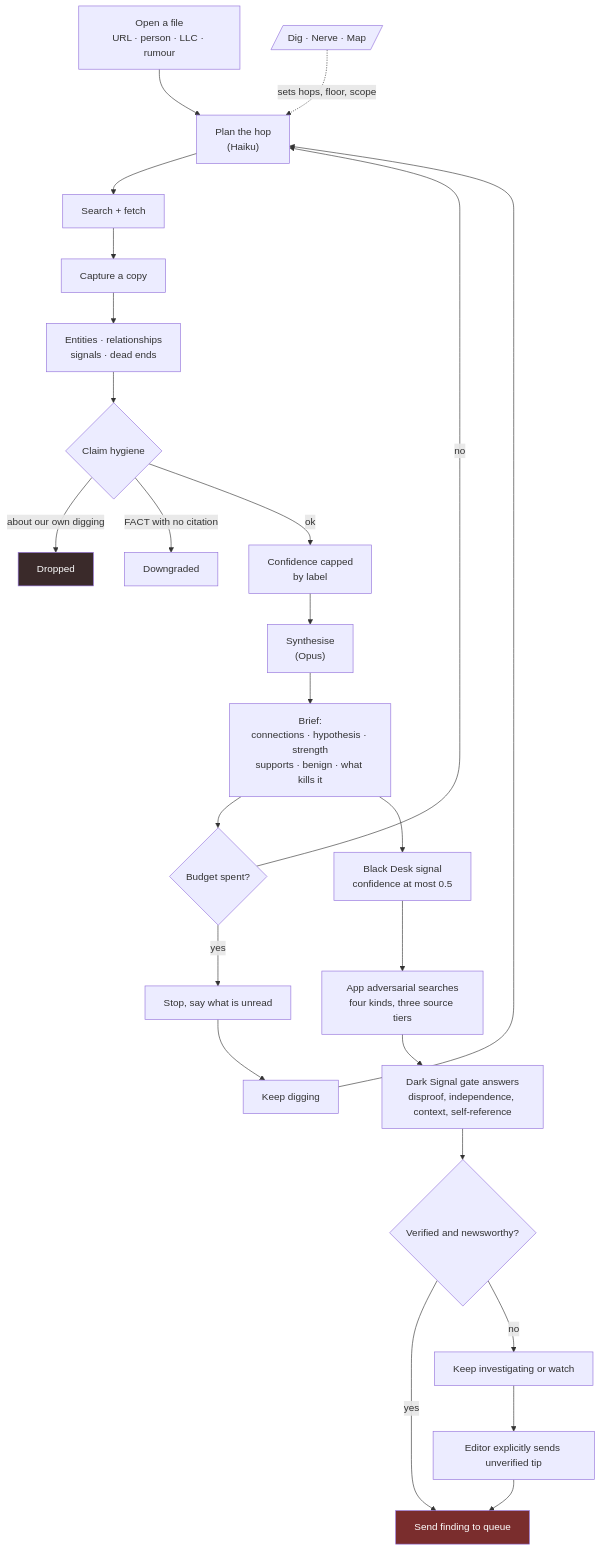
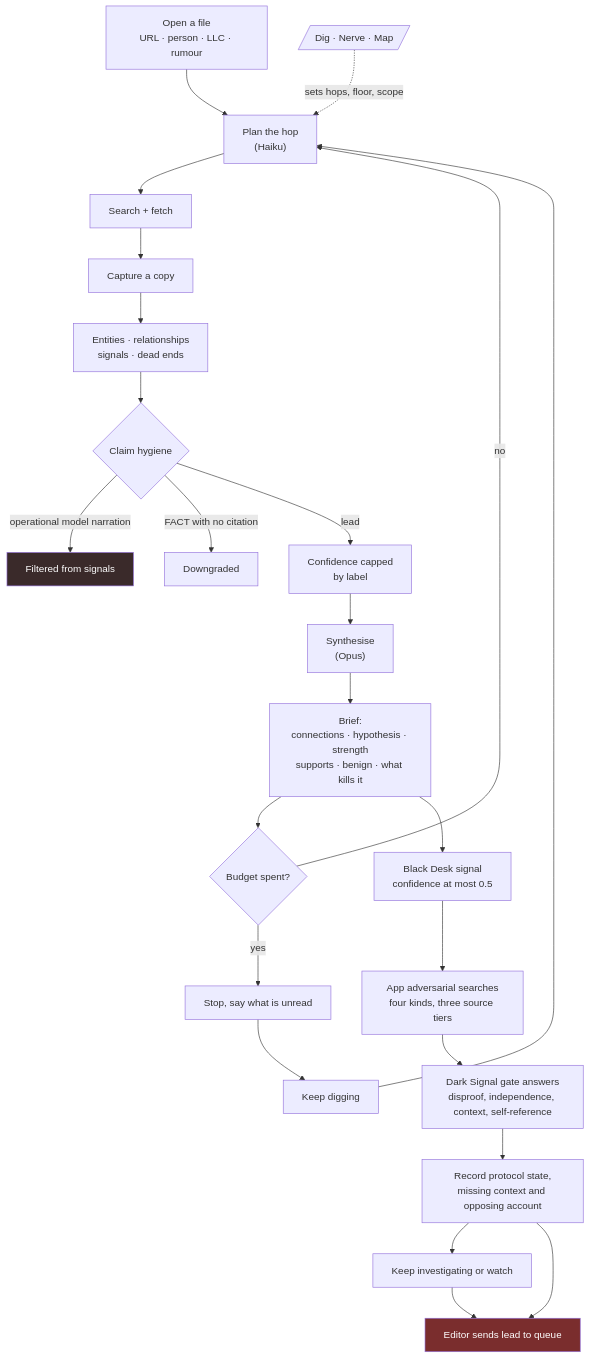
Before and after one commit to scottconverse/TownReporter: the fourth of 8 diagrams in docs/manual.md, drawn with Mermaid. The commit also changed other lines of this file and 21 other files, not shown here.

````diff
--- a/docs/manual.md
+++ b/docs/manual.md
@@ -889,29 +898,28 @@
 ```mermaid
 flowchart TB
     OPEN["Open a file<br/>URL · person · LLC · rumour"] --> PLAN
     DIALS[/"Dig · Nerve · Map"/] -.sets hops, floor, scope.-> PLAN
     PLAN["Plan the hop<br/>(Haiku)"] --> SEARCH["Search + fetch"]
     SEARCH --> CAP["Capture a copy"]
     CAP --> EXTRACT["Entities · relationships<br/>signals · dead ends"]
     EXTRACT --> HYG{"Claim hygiene"}
-    HYG -->|about our own digging| DROP["Dropped"]
+    HYG -->|operational model narration| DROP["Filtered from signals"]
     HYG -->|FACT with no citation| DOWN["Downgraded"]
-    HYG -->|ok| CLAMP["Confidence capped<br/>by label"]
+    HYG -->|lead| CLAMP["Confidence capped<br/>by label"]
     CLAMP --> SYN["Synthesise<br/>(Opus)"]
     SYN --> BRIEF["Brief:<br/>connections · hypothesis · strength<br/>supports · benign · what kills it"]
     BRIEF --> STOP{"Budget spent?"}
     STOP -->|no| PLAN
     STOP -->|yes| PARK["Stop, say what is unread"]
     PARK --> KEEP["Keep digging"] --> PLAN
     BRIEF --> SPEC["Black Desk signal<br/>confidence at most 0.5"]
     SPEC --> ADV["App adversarial searches<br/>four kinds, three source tiers"]
     ADV --> VER["Dark Signal gate answers<br/>disproof, independence, context, self-reference"]
-    VER --> DEC{"Verified and newsworthy?"}
-    DEC -->|yes| QUEUE["Send finding to queue"]
-    DEC -->|no| WATCH["Keep investigating or watch"]
-    WATCH --> TIP["Editor explicitly sends unverified tip"]
-    TIP --> QUEUE
+    VER --> STATE["Record protocol state,<br/>missing context and opposing account"]
+    STATE --> WATCH["Keep investigating or watch"]
+    STATE --> QUEUE["Editor sends lead to queue"]
+    WATCH --> QUEUE
 
     style DROP fill:#3a2a2a,color:#fff
     style QUEUE fill:#7a2d2d,color:#fff
 ```
````
